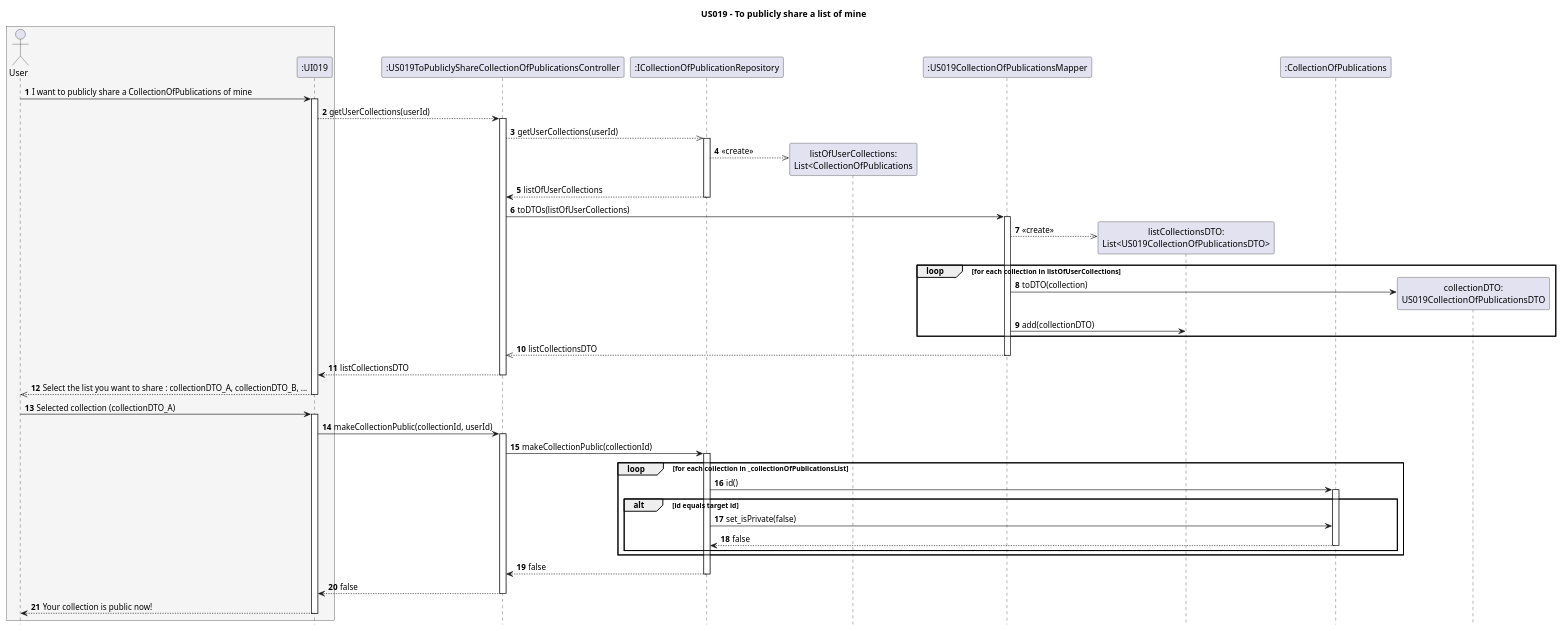
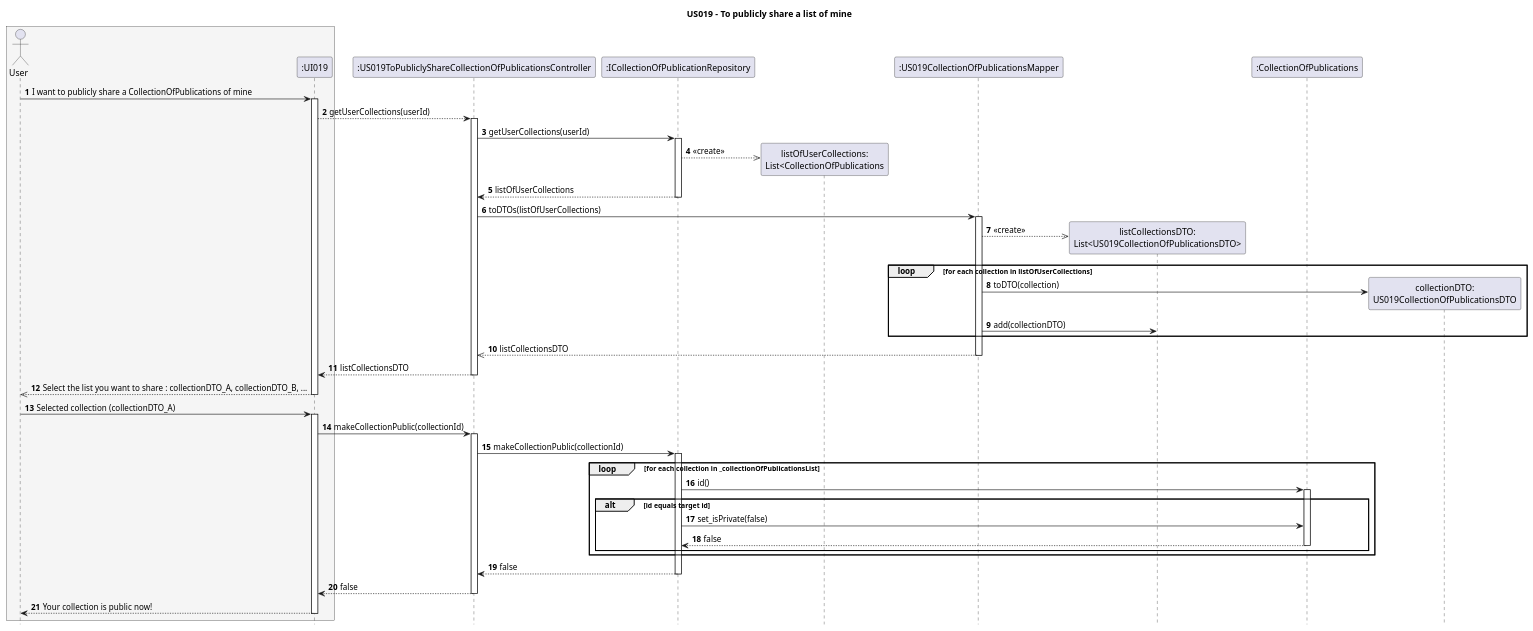
Before and after one commit to AndrePereiraGitH/SWitCH-Project-Team_A: the diagram in Diagrams/SequenceDiagrams/N2/US019-to-publicly-share-a-list.puml, drawn with PlantUML. The commit also changed 1 other file, not shown here.

Commit message:
Working on #602. Fixed diagram inconsistencies

```diff
--- a/Diagrams/SequenceDiagrams/N2/US019-to-publicly-share-a-list.puml
+++ b/Diagrams/SequenceDiagrams/N2/US019-to-publicly-share-a-list.puml
@@ -1,82 +1,82 @@
 @startuml
 
 hide footbox
 autonumber
 
 title US019 - To publicly share a list of mine
 
 box #WhiteSmoke
 actor User
 participant ":UI019" as UI
 end box
 
 participant ":US019ToPubliclyShareCollectionOfPublicationsController" as Controller
 participant ":ICollectionOfPublicationRepository" as CollectionRepository
 participant "listOfUserCollections:\nList<CollectionOfPublications" as LUC
 participant ":US019CollectionOfPublicationsMapper" as Mapper
 participant "listCollectionsDTO:\nList<US019CollectionOfPublicationsDTO>" as listCollectionsDTO
 participant ":CollectionOfPublications" as Collection
 
 ' == Section 1 - get user colllections ==
 User -> UI : I want to publicly share a CollectionOfPublications of mine
 activate UI
 UI --> Controller: getUserCollections(userId)
 
 activate Controller
 
-Controller -->> CollectionRepository: getUserCollections(userId)
+Controller -> CollectionRepository: getUserCollections(userId)
 activate CollectionRepository
 CollectionRepository -->> LUC ** : «create»
 CollectionRepository --> Controller: listOfUserCollections
 deactivate CollectionRepository
 
 Controller -> Mapper : toDTOs(listOfUserCollections)
 activate Mapper
 Mapper  -->> listCollectionsDTO ** : «create»
 
     loop for each collection in listOfUserCollections
         Mapper -> "collectionDTO:\nUS019CollectionOfPublicationsDTO" ** : toDTO(collection)
         Mapper -> listCollectionsDTO : add(collectionDTO)
     end
     Mapper  -->> Controller : listCollectionsDTO
 deactivate Mapper
 
 Controller --> UI : listCollectionsDTO
 deactivate Controller
 
 UI -->> User : Select the list you want to share : collectionDTO_A, collectionDTO_B, ...
 deactivate UI
 
 ' == Section 2 - Make collection public ==
 User -> UI : Selected collection (collectionDTO_A)
 activate UI
-UI -> Controller : makeCollectionPublic(collectionId, userId)
+UI -> Controller : makeCollectionPublic(collectionId)
 
 
 activate Controller
 
 Controller -> CollectionRepository : makeCollectionPublic(collectionId)
 activate CollectionRepository
 
 loop for each collection in _collectionOfPublicationsList
     CollectionRepository -> Collection : id()
     activate Collection
     alt id equals target id
         CollectionRepository -> Collection : set_isPrivate(false)
         Collection --> CollectionRepository : false
         deactivate Collection
     end
 end
 
 deactivate Collection
 CollectionRepository --> Controller : false
 deactivate CollectionRepository
 
 Controller --> UI : false
 deactivate Controller
 
 UI --> User: Your collection is public now!
 
 deactivate UI
 
 @enduml
```
